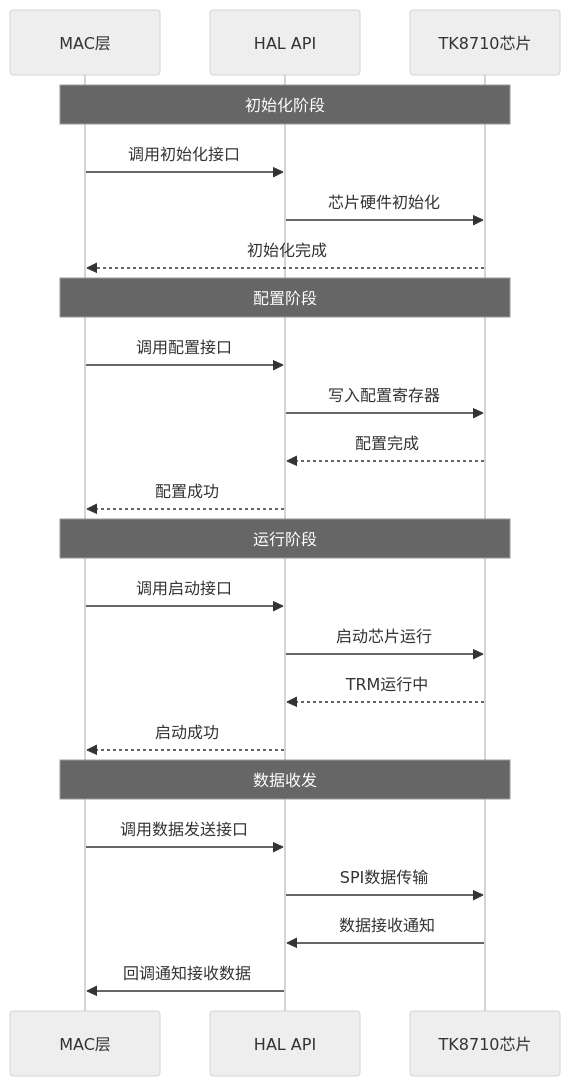
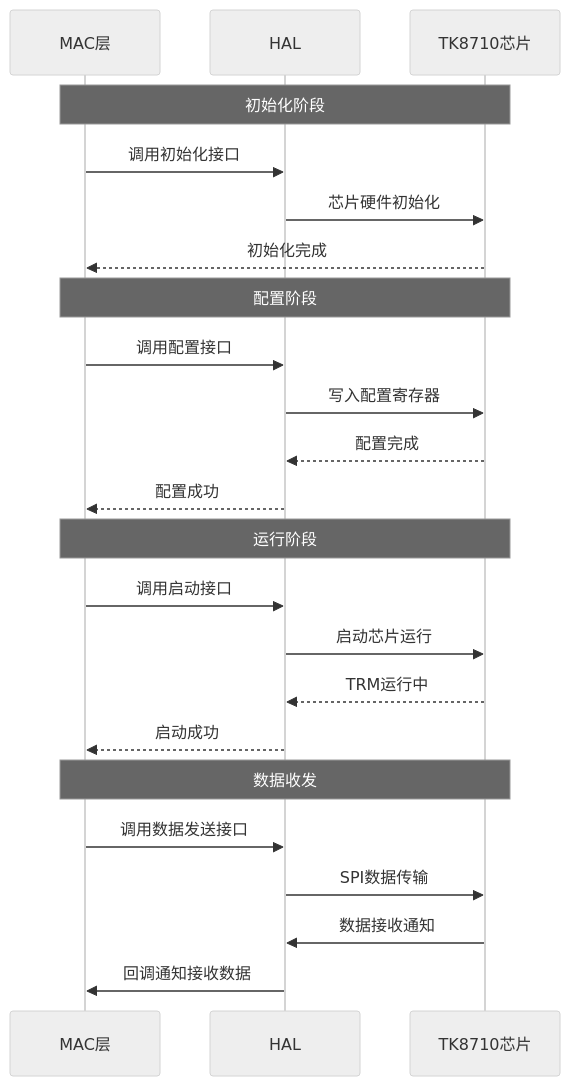
One commit to jhh525097562/tk8710_hal_v1.3 changed the first of 5 diagrams in docs/8710_HAL编程指南-v0.5.md. Above: the diagram before and after it, drawn with Mermaid (neutral theme). The commit also changed other lines of this file and 15 other files, not shown here.

````diff
--- a/docs/8710_HAL编程指南-v0.5.md
+++ b/docs/8710_HAL编程指南-v0.5.md
@@ -98,30 +109,30 @@
 ```mermaid
 sequenceDiagram
     participant APP as MAC层
-    participant HAL as HAL API
+    participant HAL as HAL
     participant HW as TK8710芯片
   
     Note over APP,HW: 初始化阶段
     APP->>HAL: 调用初始化接口
     HAL->>HW: 芯片硬件初始化
     HW-->>APP: 初始化完成
   
     Note over APP,HW: 配置阶段
     APP->>HAL: 调用配置接口
     HAL->>HW: 写入配置寄存器
     HW-->>HAL: 配置完成
     HAL-->>APP: 配置成功
   
     Note over APP,HW: 运行阶段
     APP->>HAL: 调用启动接口
     HAL->>HW: 启动芯片运行
     HW-->>HAL: TRM运行中
     HAL-->>APP: 启动成功
   
     Note over APP,HW: 数据收发
     APP->>HAL: 调用数据发送接口
     HAL->>HW: SPI数据传输
   
     HW->>HAL: 数据接收通知
     HAL->>APP: 回调通知接收数据
 ```
````
